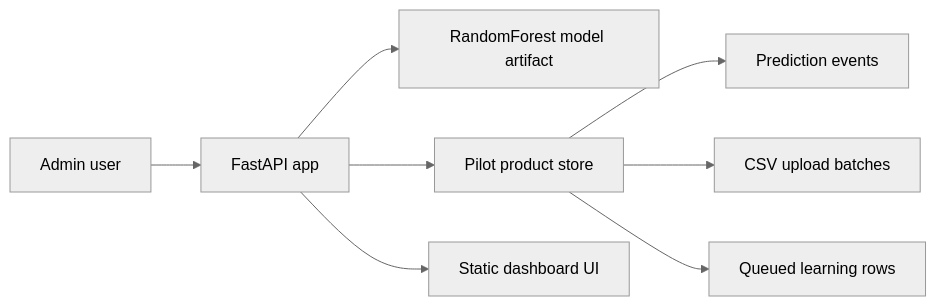
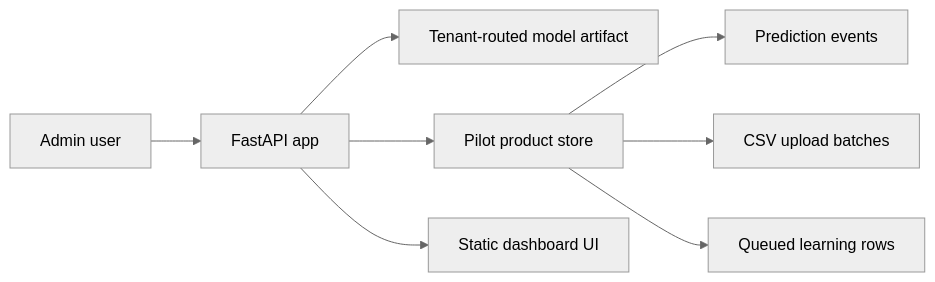
One commit to LeonWork/DataSci changed the diagram in README.md. Above: the diagram before and after it, drawn with Mermaid (neutral theme). The commit also changed other lines of this file and 16 other files, not shown here.

````diff
--- a/README.md
+++ b/README.md
@@ -155,10 +155,10 @@
 ```mermaid
 flowchart LR
     A["Admin user"] --> B["FastAPI app"]
-    B --> C["RandomForest model artifact"]
+    B --> C["Tenant-routed model artifact"]
     B --> D["Pilot product store"]
     D --> E["Prediction events"]
     D --> F["CSV upload batches"]
     D --> G["Queued learning rows"]
     B --> H["Static dashboard UI"]
 ```
````
